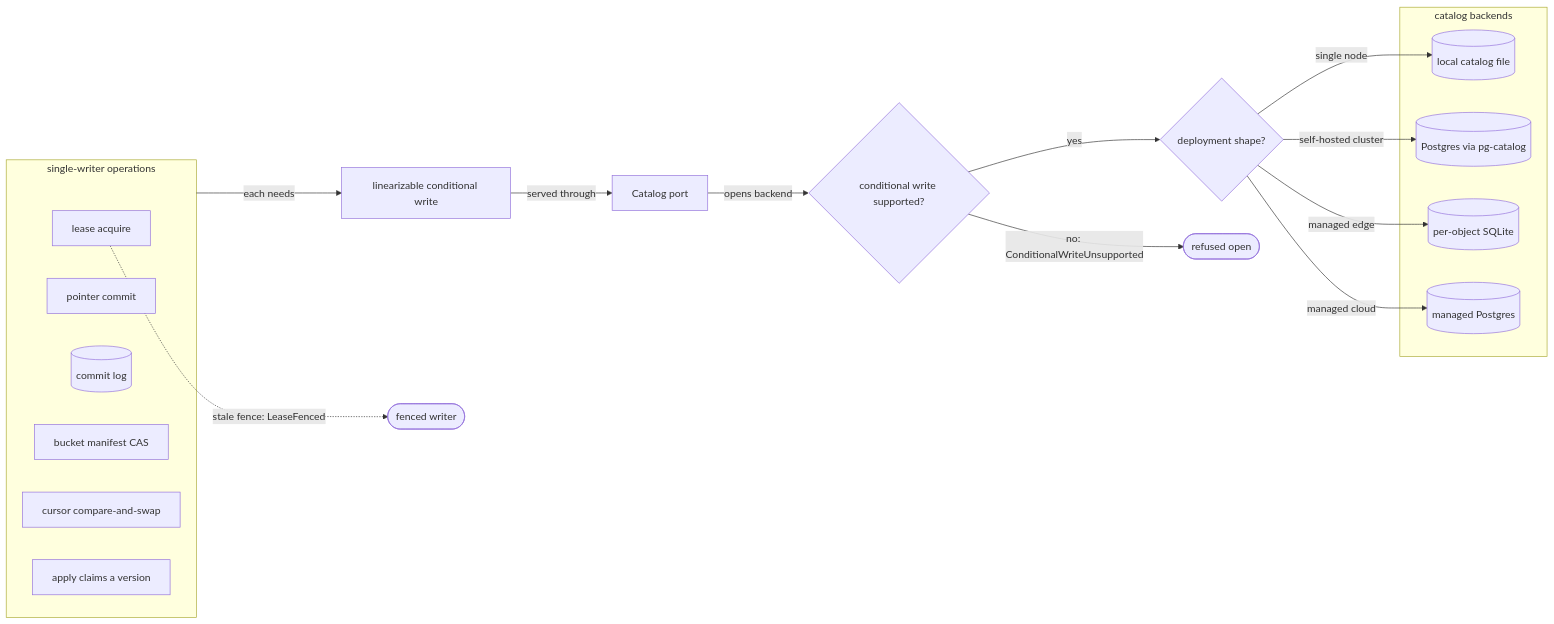
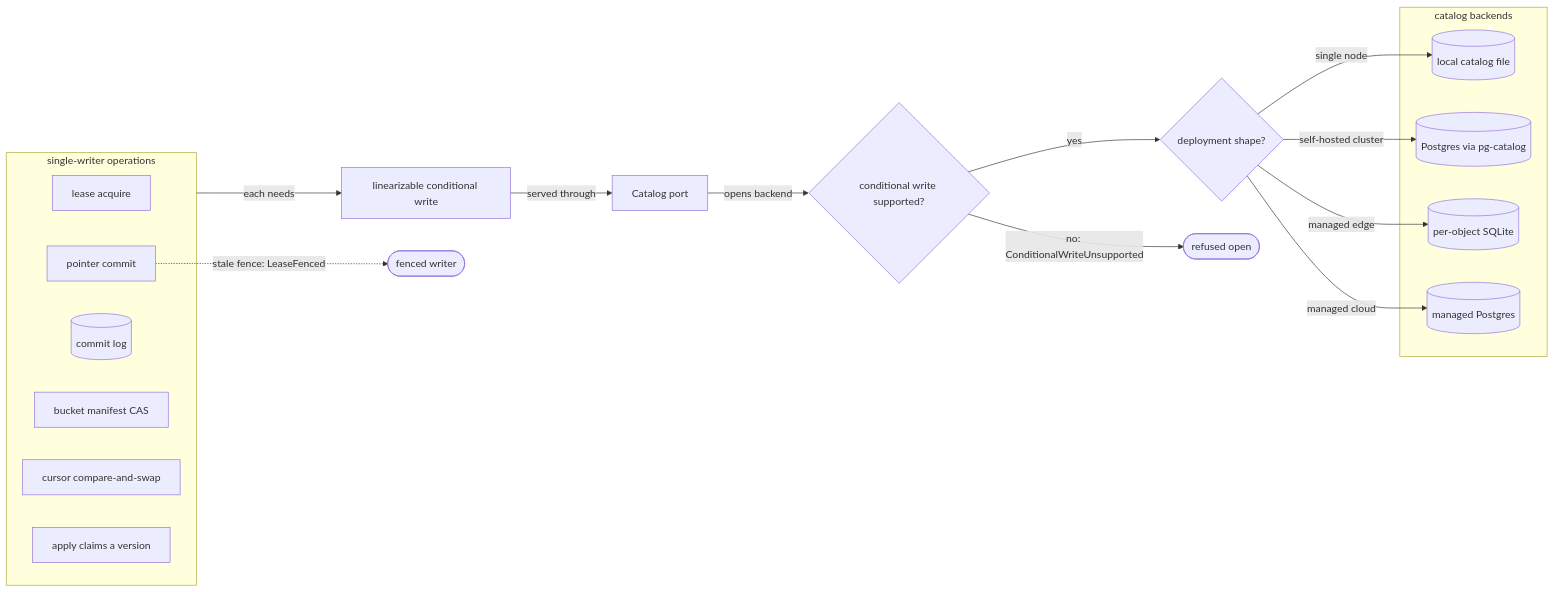
The fifth of 5 diagrams in spec/01-topology.md (fractalboxdev/contextful), drawn with Mermaid before and after one commit. The commit also changed other lines of this file and 9 other files, not shown here.

First line of the commit message:
spec: diagram parser, bounds and topology corrections

````diff
--- a/spec/01-topology.md
+++ b/spec/01-topology.md
@@ -281,34 +281,34 @@
 ```mermaid
 flowchart LR
   subgraph OPS["single-writer operations"]
     LA["lease acquire"]
     PTR["pointer commit"]
     CL[("commit log")]
     MAN["bucket manifest CAS"]
     CUR["cursor compare-and-swap"]
     APPLY["apply claims a version"]
   end
   PRIM["linearizable conditional write"]
   PORT["Catalog port"]
   CW{"conditional write supported?"}
   SHAPE{"deployment shape?"}
   subgraph BACKENDS["catalog backends"]
     LOCAL[("local catalog file")]
     PG[("Postgres via pg-catalog")]
     SQLITE[("per-object SQLite")]
     MPG[("managed Postgres")]
   end
   NOOPEN(["refused open"])
   FENCED(["fenced writer"])
 
   OPS -- "each needs" --> PRIM
   PRIM -- "served through" --> PORT
   PORT -- "opens backend" --> CW
   CW -- "no: ConditionalWriteUnsupported" --> NOOPEN
   CW -- "yes" --> SHAPE
   SHAPE -- "single node" --> LOCAL
   SHAPE -- "self-hosted cluster" --> PG
   SHAPE -- "managed edge" --> SQLITE
   SHAPE -- "managed cloud" --> MPG
-  LA -. "stale fence: LeaseFenced" .-> FENCED
+  PTR -. "stale fence: LeaseFenced" .-> FENCED
 ```
````
